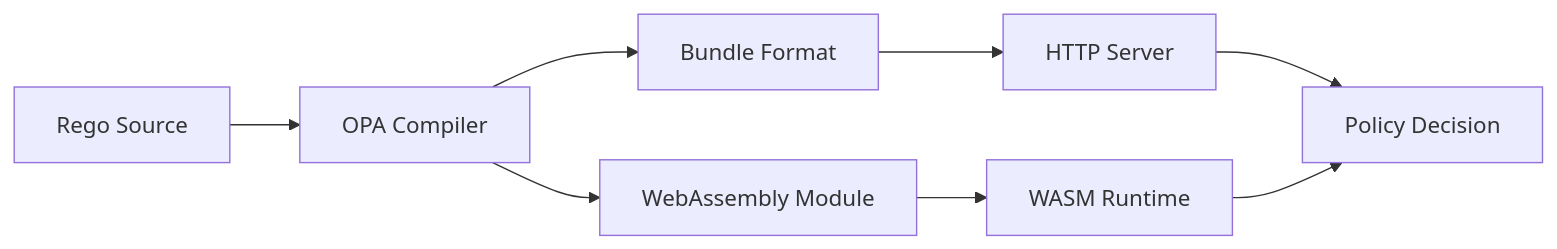
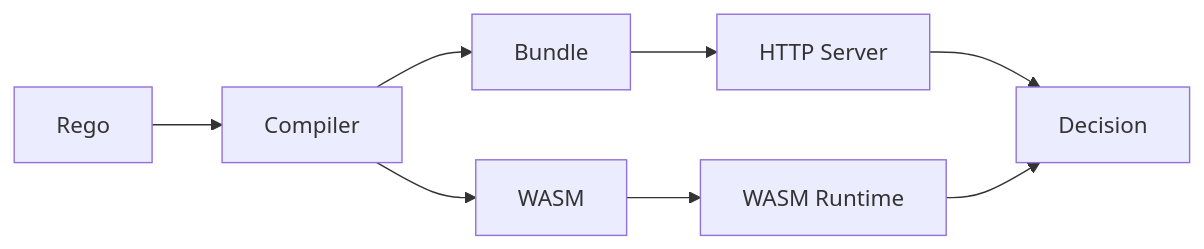
The second of 3 diagrams in content/posts/opa-performance-investigation.md (emsilva/mannustack-blog), drawn with Mermaid before and after one commit. The commit also changed other lines of this file and 2 other files, not shown here.

First line of the commit message:
🎨 improve: fix chart alignment and standardize diagram consistency

````diff
--- a/content/posts/opa-performance-investigation.md
+++ b/content/posts/opa-performance-investigation.md
@@ -64,10 +64,10 @@
 ```mermaid
 graph LR
-    A[Rego Source] --> B[OPA Compiler]
-    B --> C[Bundle Format]
-    B --> D[WebAssembly Module]
+    A[Rego] --> B[Compiler]
+    B --> C[Bundle]
+    B --> D[WASM]
     C --> E[HTTP Server]
     D --> F[WASM Runtime]
-    E --> G[Policy Decision]
+    E --> G[Decision]
     F --> G
 ```
````
